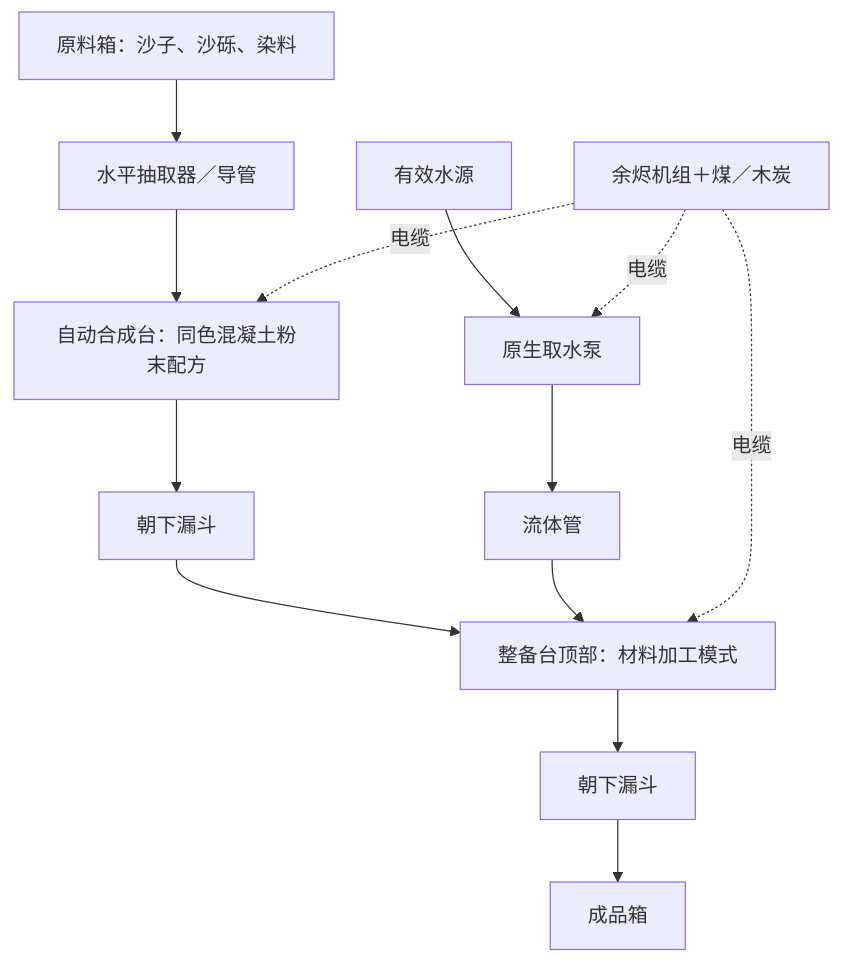
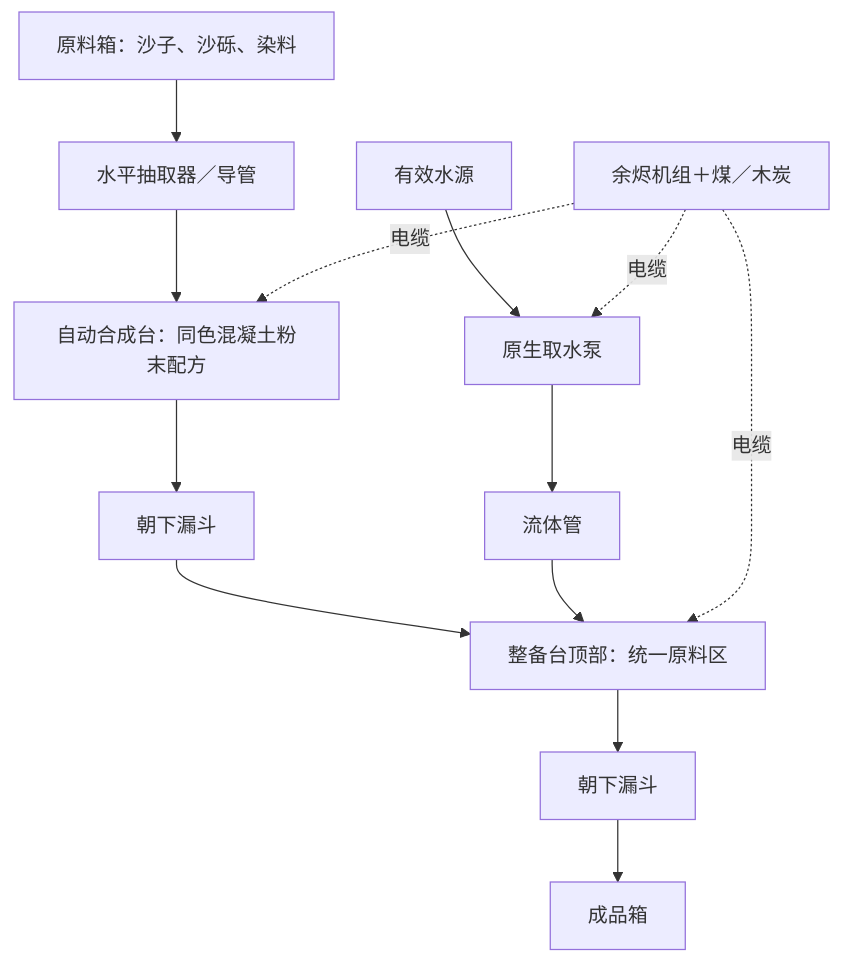
One commit to QANstar/StarfallBlueprint changed the diagram in docs/CONCRETE_PRODUCTION.md. Above: the diagram before and after it, drawn with Mermaid. The commit also changed other lines of this file and 368 other files, not shown here.

Commit message:
功能：实现蓝图施工、建材自动化与机器外观动效

````diff
--- a/docs/CONCRETE_PRODUCTION.md
+++ b/docs/CONCRETE_PRODUCTION.md
@@ -19,15 +19,15 @@
 ```mermaid
 flowchart TD
     I["原料箱：沙子、沙砾、染料"] --> X["水平抽取器／导管"]
     X --> A["自动合成台：同色混凝土粉末配方"]
     A --> H1["朝下漏斗"]
-    H1 --> P["整备台顶部：材料加工模式"]
+    H1 --> P["整备台顶部：统一原料区"]
     P --> H2["朝下漏斗"]
     H2 --> O["成品箱"]
     W["有效水源"] --> U["原生取水泵"]
     U --> F["流体管"]
     F --> P
     G["余烬机组＋煤／木炭"] -. "电缆" .-> A
     G -. "电缆" .-> P
     G -. "电缆" .-> U
 ```
````
